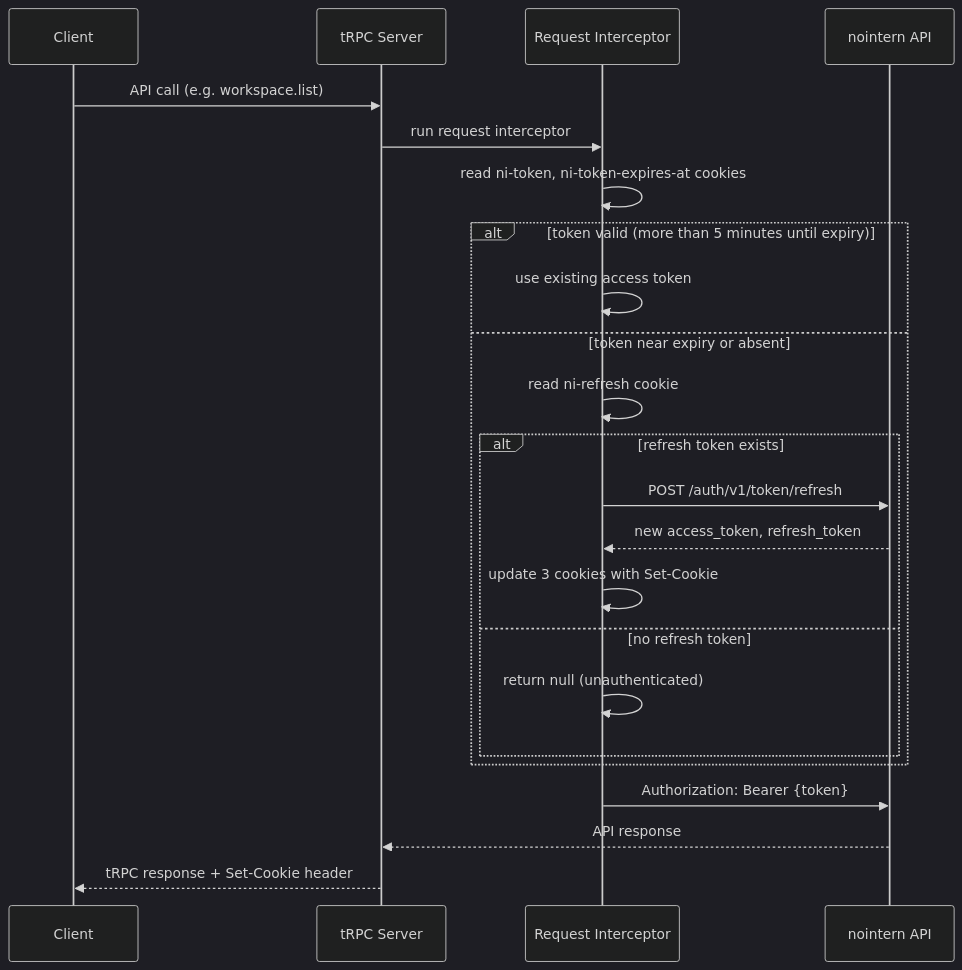
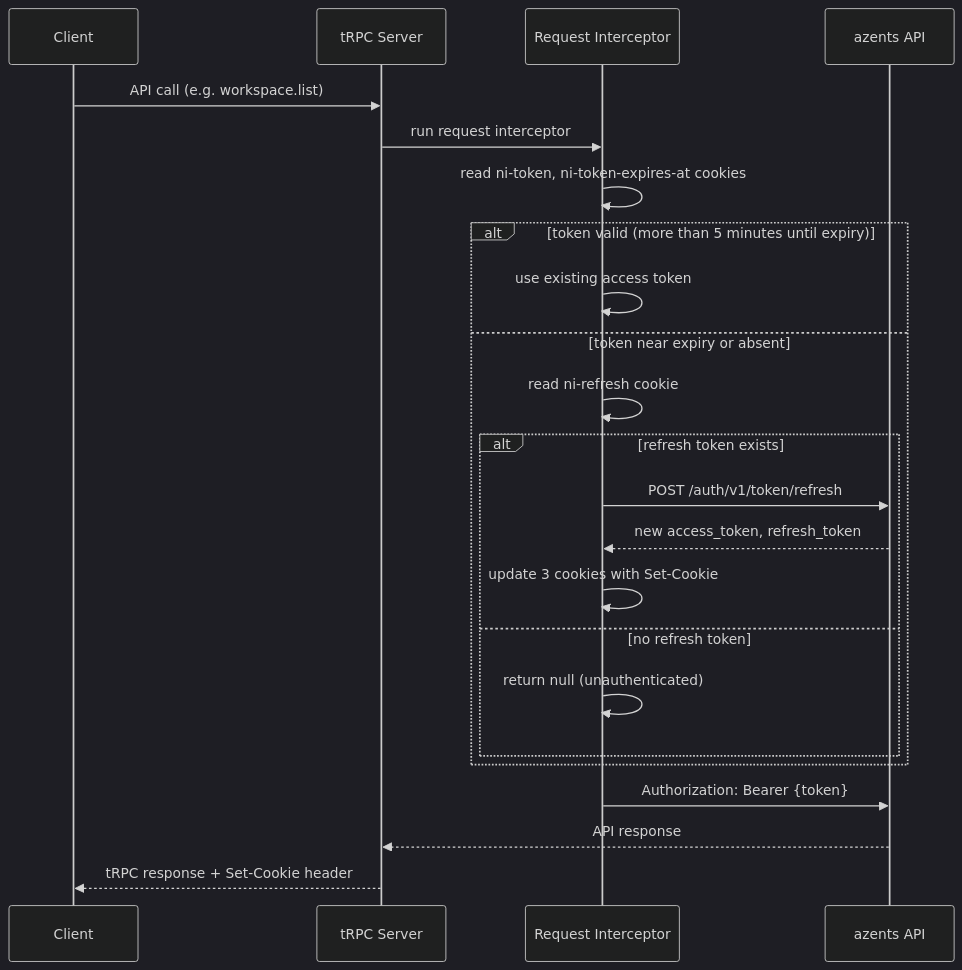
The second of 2 diagrams in docs/azents/design/auth-260219-auth-guard.md (azents/azents), drawn with Mermaid (dark theme) before and after one commit. The commit also changed other lines of this file and 245 other files, not shown here.

````diff
--- a/docs/azents/design/auth-260219-auth-guard.md
+++ b/docs/azents/design/auth-260219-auth-guard.md
@@ -140,28 +140,28 @@
 ```mermaid
 sequenceDiagram
     participant C as Client
     participant T as tRPC Server
     participant I as Request Interceptor
-    participant A as nointern API
+    participant A as azents API
 
     C->>T: API call (e.g. workspace.list)
     T->>I: run request interceptor
     I->>I: read ni-token, ni-token-expires-at cookies
 
     alt token valid (more than 5 minutes until expiry)
         I->>I: use existing access token
     else token near expiry or absent
         I->>I: read ni-refresh cookie
         alt refresh token exists
             I->>A: POST /auth/v1/token/refresh
             A-->>I: new access_token, refresh_token
             I->>I: update 3 cookies with Set-Cookie
         else no refresh token
             I->>I: return null (unauthenticated)
         end
     end
 
     I->>A: Authorization: Bearer {token}
     A-->>T: API response
     T-->>C: tRPC response + Set-Cookie header
 ```
````
